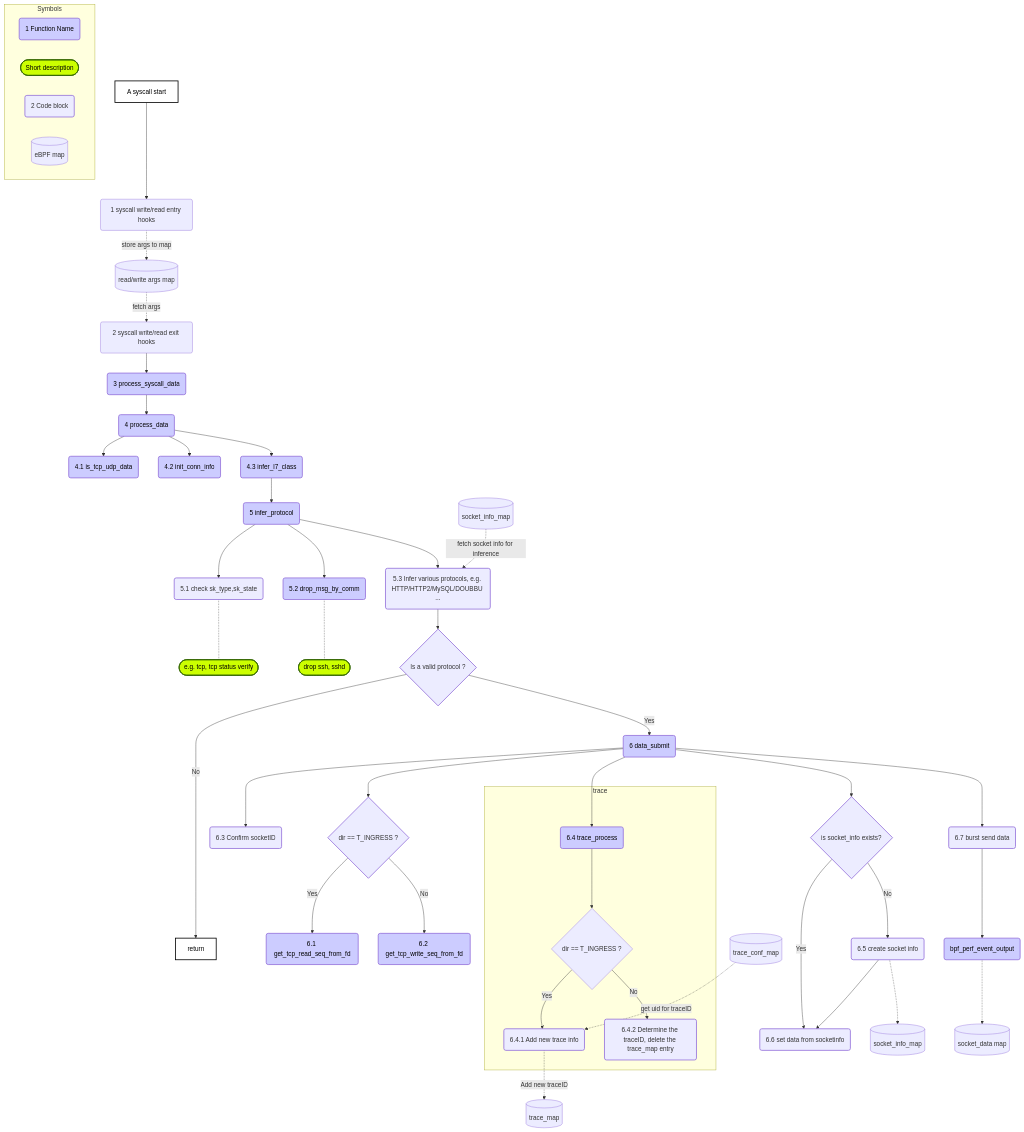
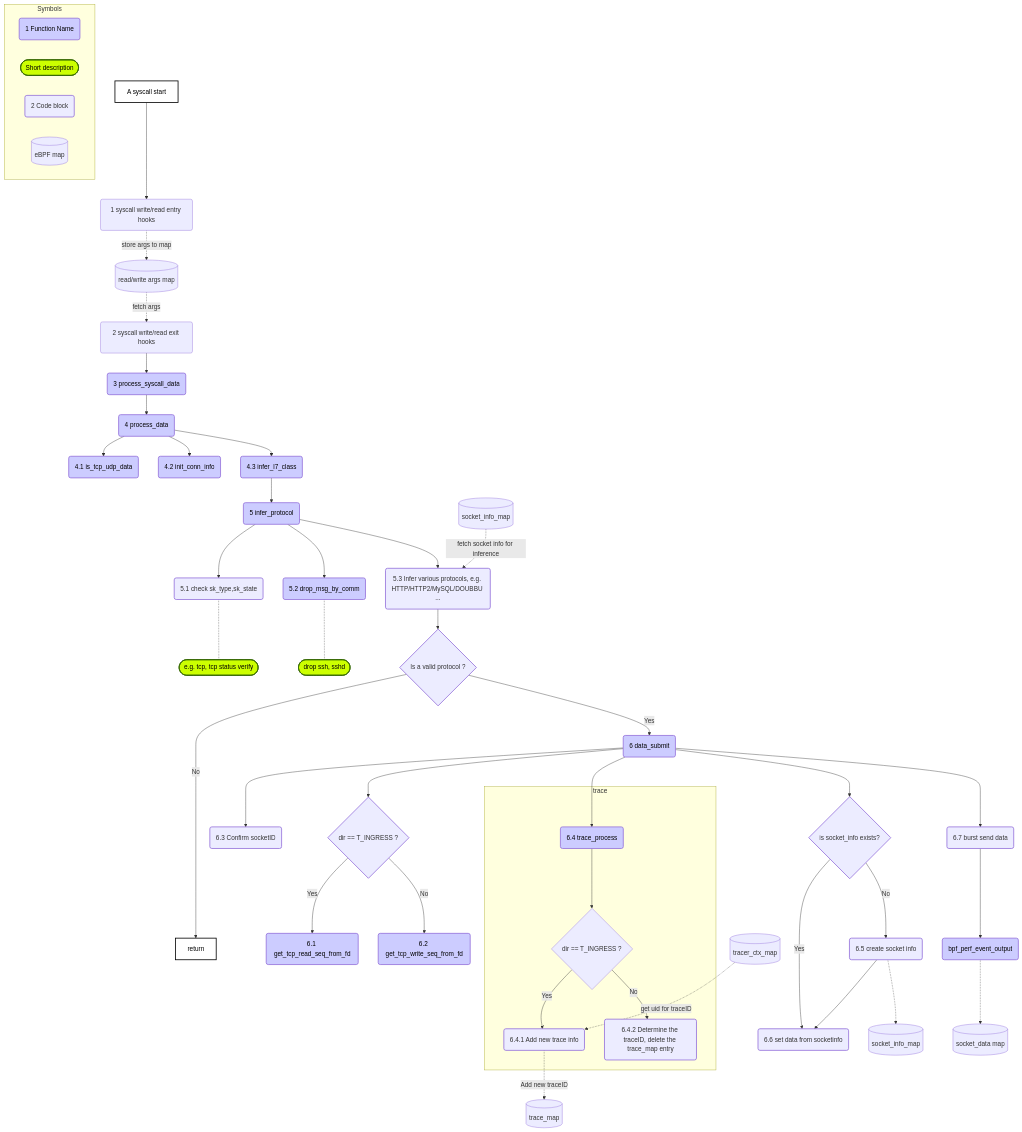
One commit to deepflowio/deepflow changed the second of 7 diagrams in agent/src/ebpf/README.md. Above: the diagram before and after it, drawn with Mermaid. The commit also changed other lines of this file and 11 other files, not shown here.

```diff
--- a/agent/src/ebpf/README.md
+++ b/agent/src/ebpf/README.md
@@ -203,7 +203,7 @@
     get_tcp_read_seq_from_fd(6.1 get_tcp_read_seq_from_fd)
     get_tcp_write_seq_from_fd(6.2 get_tcp_write_seq_from_fd)
     socket_id(6.3 Confirm socketID)
-    trace_conf_map[(trace_conf_map)]
+    tracer_ctx_map[(tracer_ctx_map)]
     trace_process(6.4 trace_process)
     eBPF_start --> syscall_entry-.->|store args to map| args_map
     args_map -.->|fetch args | syscall_exit
@@ -229,7 +229,7 @@
     if_direction_trace-->|Yes|trace_map__update(6.4.1 Add new trace info)
     if_direction_trace-->|No|trace_map__delete(6.4.2 Determine the traceID, delete the trace_map entry)
     end
-    trace_conf_map -.->|get uid for traceID| trace_map__update-.->|Add new traceID|trace_map[(trace_map)]
+    tracer_ctx_map -.->|get uid for traceID| trace_map__update-.->|Add new traceID|trace_map[(trace_map)]
     data_submit-->if_socket_info{is socket_info exists?}
     if_socket_info-->|Yes|set_data_from_socket_info(6.6 set data from socketinfo)
     if_socket_info-->|No|create_socket_info(6.5 create socket info)-->set_data_from_socket_info
```
